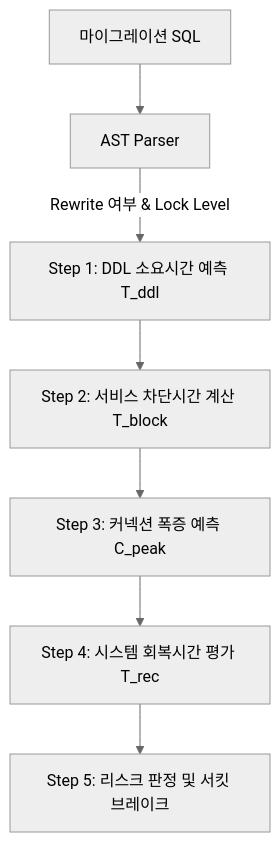
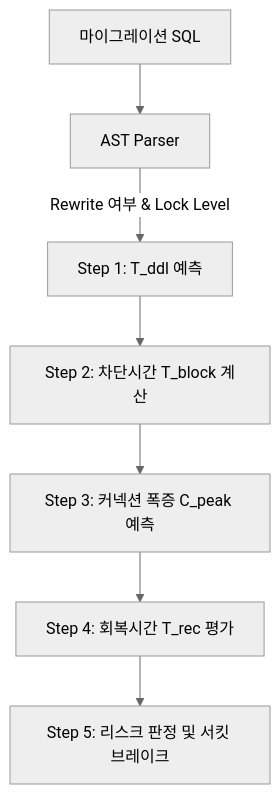
One commit to Homeria/MigraGuard changed the diagram in docs/kr/07_capstone_report.md. Above: the diagram before and after it, drawn with Mermaid (neutral theme). The commit also changed other lines of this file and 9 other files, not shown here.

````diff
--- a/docs/kr/07_capstone_report.md
+++ b/docs/kr/07_capstone_report.md
@@ -99,9 +104,9 @@
 ```mermaid
 graph TD
     DDL[마이그레이션 SQL] --> AST[AST Parser]
-    AST -->|Rewrite 여부 & Lock Level| Step1[Step 1: DDL 소요시간 예측 T_ddl]
-    Step1 --> Step2[Step 2: 서비스 차단시간 계산 T_block]
-    Step2 --> Step3[Step 3: 커넥션 폭증 예측 C_peak]
-    Step3 --> Step4[Step 4: 시스템 회복시간 평가 T_rec]
+    AST -->|Rewrite 여부 & Lock Level| Step1[Step 1: T_ddl 예측]
+    Step1 --> Step2[Step 2: 차단시간 T_block 계산]
+    Step2 --> Step3[Step 3: 커넥션 폭증 C_peak 예측]
+    Step3 --> Step4[Step 4: 회복시간 T_rec 평가]
     Step4 --> Step5[Step 5: 리스크 판정 및 서킷 브레이크]
 ```
````
